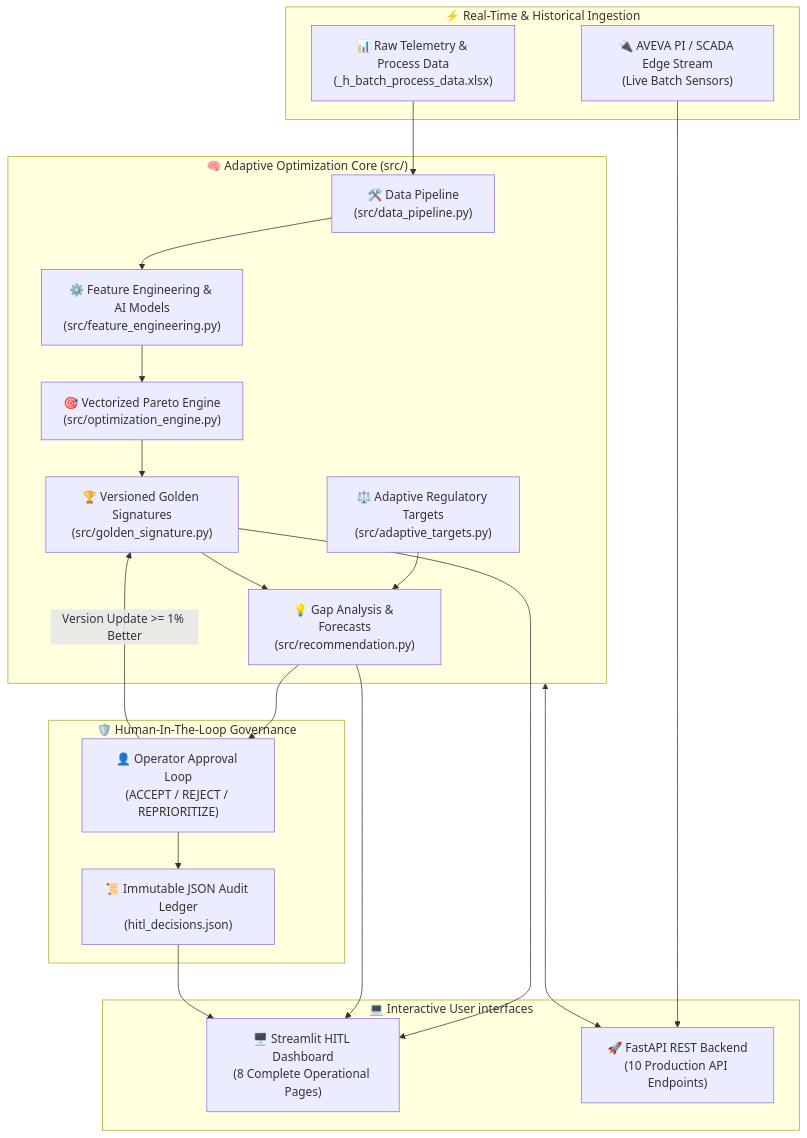
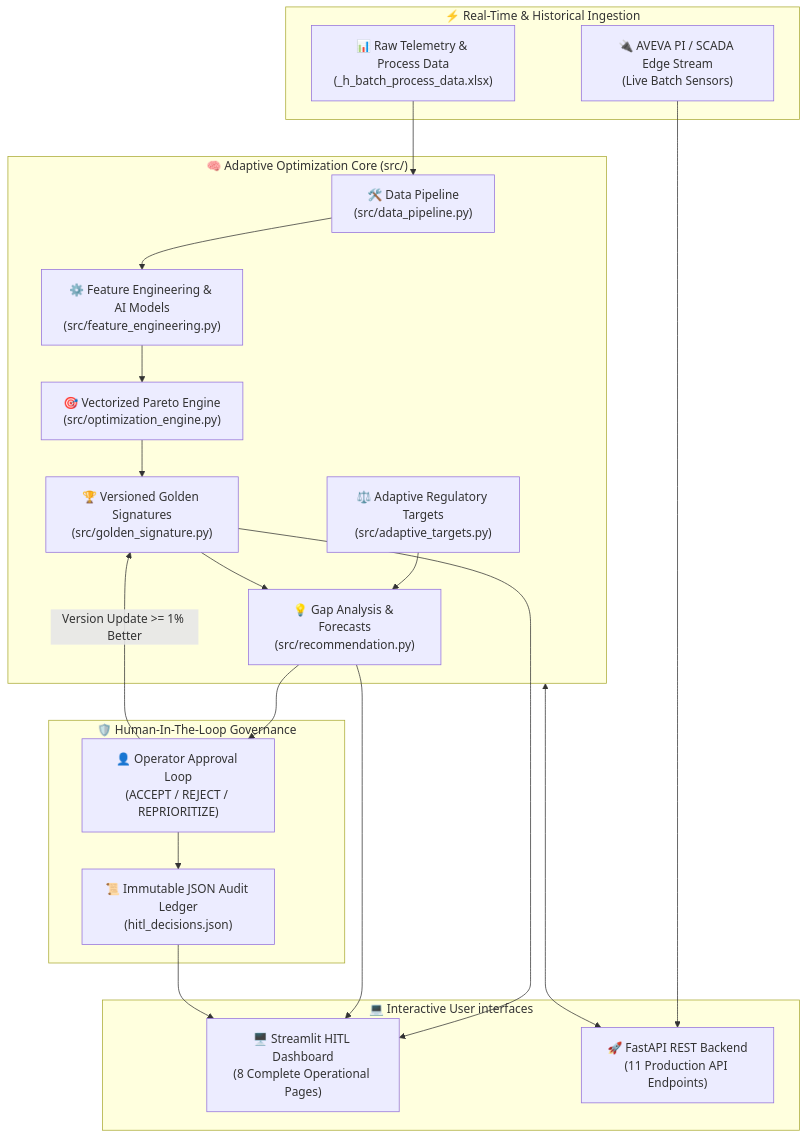
One commit to vigneshreddy29/AdaptiveOptimizationEngine changed the first of 2 diagrams in README.md. Above: the diagram before and after it, drawn with Mermaid. The commit also changed other lines of this file, not shown here.

````diff
--- a/README.md
+++ b/README.md
@@ -58,42 +71,42 @@
 ```mermaid
 graph TD
     subgraph Ingestion["⚡ Real-Time & Historical Ingestion"]
         RAW_EXCEL["📊 Raw Telemetry & Process Data<br/>(_h_batch_process_data.xlsx)"]
         AVEVA["🔌 AVEVA PI / SCADA Edge Stream<br/>(Live Batch Sensors)"]
     end
 
     subgraph CoreEngine["🧠 Adaptive Optimization Core (src/)"]
         DP["🛠️ Data Pipeline<br/>(src/data_pipeline.py)"]
         FE["⚙️ Feature Engineering & AI Models<br/>(src/feature_engineering.py)"]
         OPT["🎯 Vectorized Pareto Engine<br/>(src/optimization_engine.py)"]
         AT["⚖️ Adaptive Regulatory Targets<br/>(src/adaptive_targets.py)"]
         GS["🏆 Versioned Golden Signatures<br/>(src/golden_signature.py)"]
         REC["💡 Gap Analysis & Forecasts<br/>(src/recommendation.py)"]
     end
 
     subgraph Governance["🛡️ Human-In-The-Loop Governance"]
         HITL["👤 Operator Approval Loop<br/>(ACCEPT / REJECT / REPRIORITIZE)"]
         LOGS["📜 Immutable JSON Audit Ledger<br/>(hitl_decisions.json)"]
     end
 
     subgraph Interface["💻 Interactive User interfaces"]
         STREAMLIT["🖥️ Streamlit HITL Dashboard<br/>(8 Complete Operational Pages)"]
-        FASTAPI["🚀 FastAPI REST Backend<br/>(10 Production API Endpoints)"]
+        FASTAPI["🚀 FastAPI REST Backend<br/>(11 Production API Endpoints)"]
     end
 
     RAW_EXCEL --> DP
     AVEVA --> FASTAPI
     DP --> FE
     FE --> OPT
     OPT --> GS
     AT --> REC
     GS --> REC
     REC --> HITL
     HITL --> LOGS
     HITL -->|Version Update >= 1% Better| GS
     
     GS --> STREAMLIT
     REC --> STREAMLIT
     LOGS --> STREAMLIT
     CoreEngine <--> FASTAPI
 ```
````
